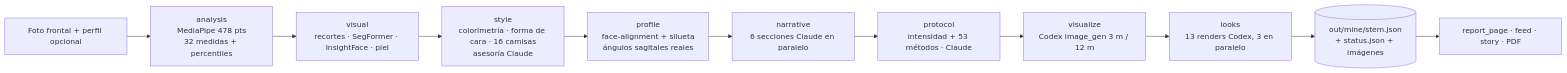
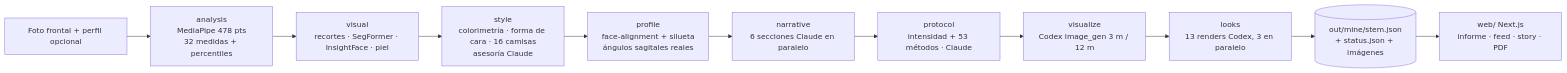
The diagram in docs/architecture.md (Chere3/facelab), drawn with Mermaid before and after one commit. The commit also changed other lines of this file and 81 other files, not shown here.

````diff
--- a/docs/architecture.md
+++ b/docs/architecture.md
@@ -7,13 +7,13 @@
 ```mermaid
 flowchart LR
   U[Foto frontal + perfil opcional] --> A[analysis<br/>MediaPipe 478 pts<br/>32 medidas + percentiles]
   A --> V[visual<br/>recortes · SegFormer · InsightFace · piel]
   V --> S[style<br/>colorimetría · forma de cara · 16 camisas<br/>asesoría Claude]
   S --> P[profile<br/>face-alignment + silueta<br/>ángulos sagitales reales]
   P --> N[narrative<br/>6 secciones Claude en paralelo]
   N --> PR[protocol<br/>intensidad + 53 métodos · Claude]
   PR --> VZ[visualize<br/>Codex image_gen 3 m / 12 m]
   VZ --> L[looks<br/>13 renders Codex, 3 en paralelo]
   L --> R[(out/mine/stem.json<br/>+ status.json + imágenes)]
-  R --> W[report_page · feed · story · PDF]
+  R --> W[web/ Next.js<br/>informe · feed · story · PDF]
 ```
````
